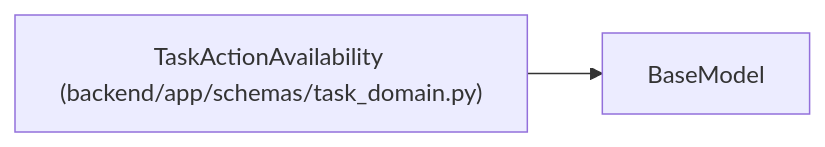
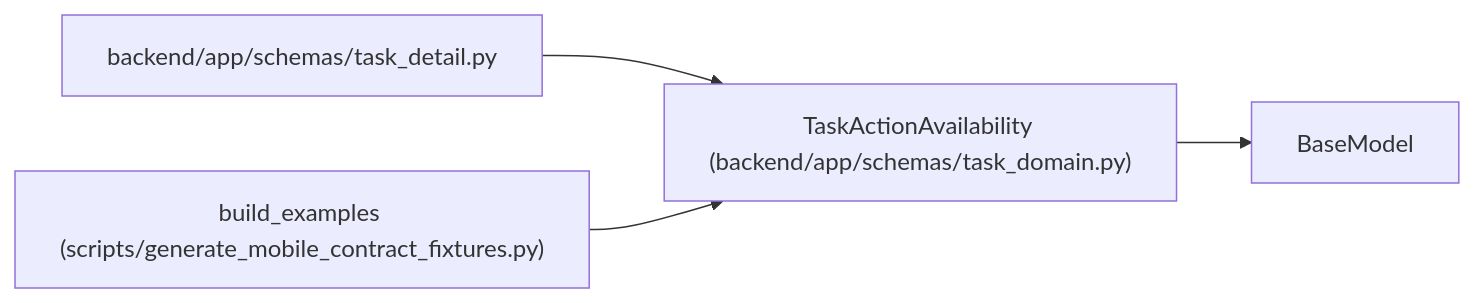
The diagram in docs/llm_wiki/entities/schemas_task_domain_TaskActionAvailability.md (Denissvgn/WorkChord), drawn with Mermaid before and after one commit. The commit also changed other lines of this file and 6624 other files, not shown here.

````diff
--- a/docs/llm_wiki/entities/schemas_task_domain_TaskActionAvailability.md
+++ b/docs/llm_wiki/entities/schemas_task_domain_TaskActionAvailability.md
@@ -27,7 +27,13 @@
 ```mermaid
 flowchart LR
     n0["TaskActionAvailability (backend/app/schemas/task_domain.py)"]
     n1["BaseModel"]
+    n2["backend/app/schemas/task_detail.py"]
+    n3["build_examples (scripts/generate_mobile_contract_fixtures.py)"]
     n0 --> n1
+    n2 --> n0
+    n3 --> n0
     click n0 "../modules/schemas_task_domain.md"
+    click n2 "../modules/task_detail.md"
+    click n3 "../modules/generate_mobile_contract_fixtures.md"
 ```
````
